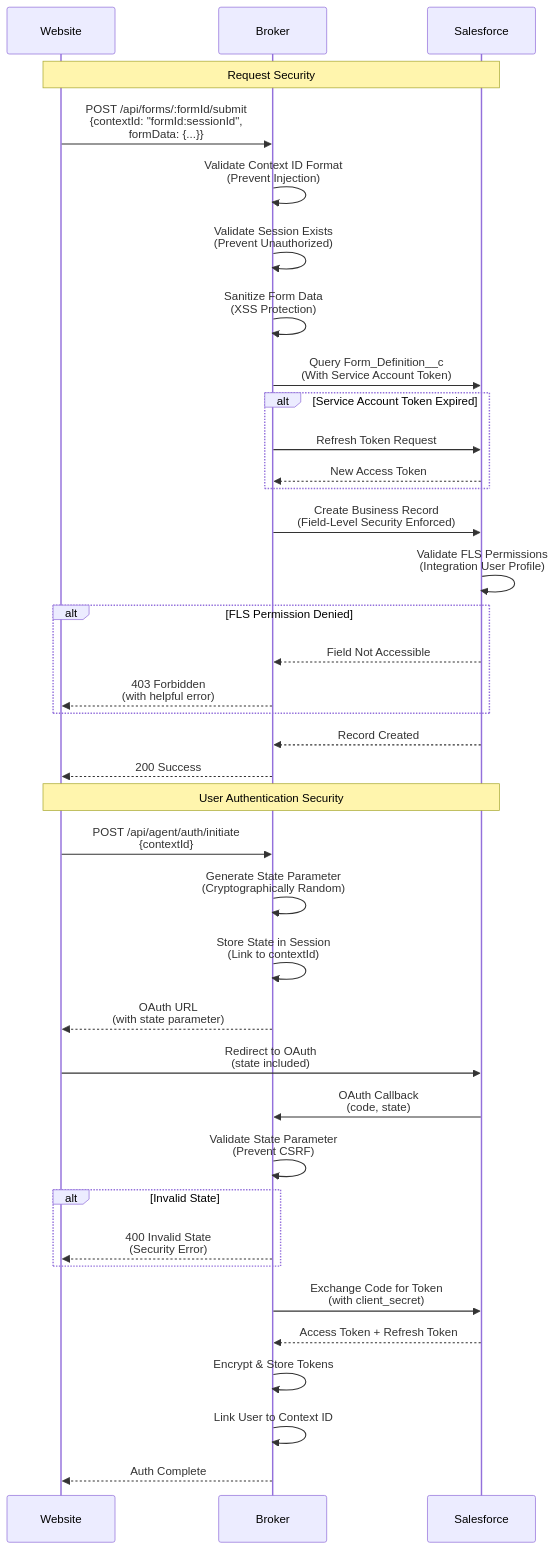
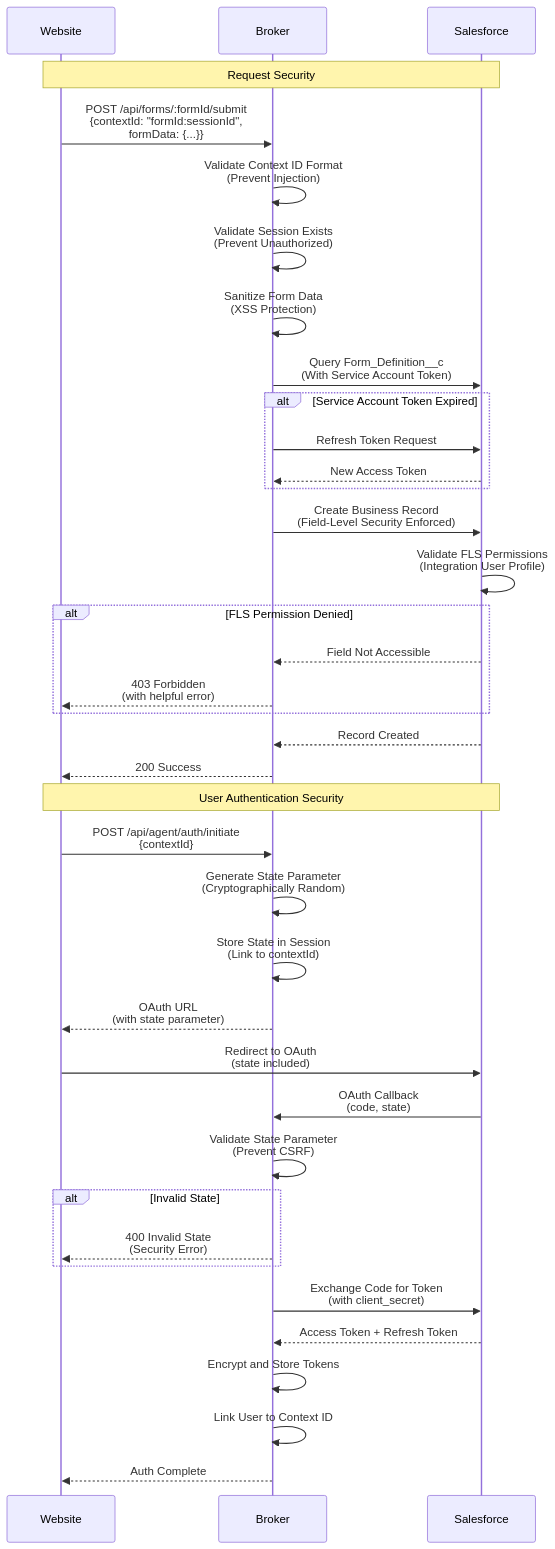
Diagram 28 of 30 in docs/ARCHITECTURE_COMPLETE.md (DavidVickers/context-broker), drawn with Mermaid before and after one commit. The commit also changed other lines of this file, not shown here.

First line of the commit message:
Fix Mermaid syntax: Replace & with 'and' in node labels

````diff
--- a/docs/ARCHITECTURE_COMPLETE.md
+++ b/docs/ARCHITECTURE_COMPLETE.md
@@ -1158,55 +1158,55 @@
 ```mermaid
 sequenceDiagram
     participant Website
     participant Broker
     participant Salesforce
 
     Note over Website, Salesforce: Request Security
     Website->>Broker: POST /api/forms/:formId/submit<br/>{contextId: "formId:sessionId",<br/>formData: {...}}
     
     Broker->>Broker: Validate Context ID Format<br/>(Prevent Injection)
     Broker->>Broker: Validate Session Exists<br/>(Prevent Unauthorized)
     Broker->>Broker: Sanitize Form Data<br/>(XSS Protection)
 
     Broker->>Salesforce: Query Form_Definition__c<br/>(With Service Account Token)
 
     alt Service Account Token Expired
         Broker->>Salesforce: Refresh Token Request
         Salesforce-->>Broker: New Access Token
     end
 
     Broker->>Salesforce: Create Business Record<br/>(Field-Level Security Enforced)
 
     Salesforce->>Salesforce: Validate FLS Permissions<br/>(Integration User Profile)
 
     alt FLS Permission Denied
         Salesforce-->>Broker: Field Not Accessible
         Broker-->>Website: 403 Forbidden<br/>(with helpful error)
     end
 
     Salesforce-->>Broker: Record Created
     Broker-->>Website: 200 Success
 
     Note over Website, Salesforce: User Authentication Security
     Website->>Broker: POST /api/agent/auth/initiate<br/>{contextId}
     
     Broker->>Broker: Generate State Parameter<br/>(Cryptographically Random)
     Broker->>Broker: Store State in Session<br/>(Link to contextId)
 
     Broker-->>Website: OAuth URL<br/>(with state parameter)
 
     Website->>Salesforce: Redirect to OAuth<br/>(state included)
     Salesforce->>Broker: OAuth Callback<br/>(code, state)
 
     Broker->>Broker: Validate State Parameter<br/>(Prevent CSRF)
     
     alt Invalid State
         Broker-->>Website: 400 Invalid State<br/>(Security Error)
     end
 
     Broker->>Salesforce: Exchange Code for Token<br/>(with client_secret)
     Salesforce-->>Broker: Access Token + Refresh Token
-    Broker->>Broker: Encrypt & Store Tokens
+    Broker->>Broker: Encrypt and Store Tokens
     Broker->>Broker: Link User to Context ID
     Broker-->>Website: Auth Complete
 ```
````
